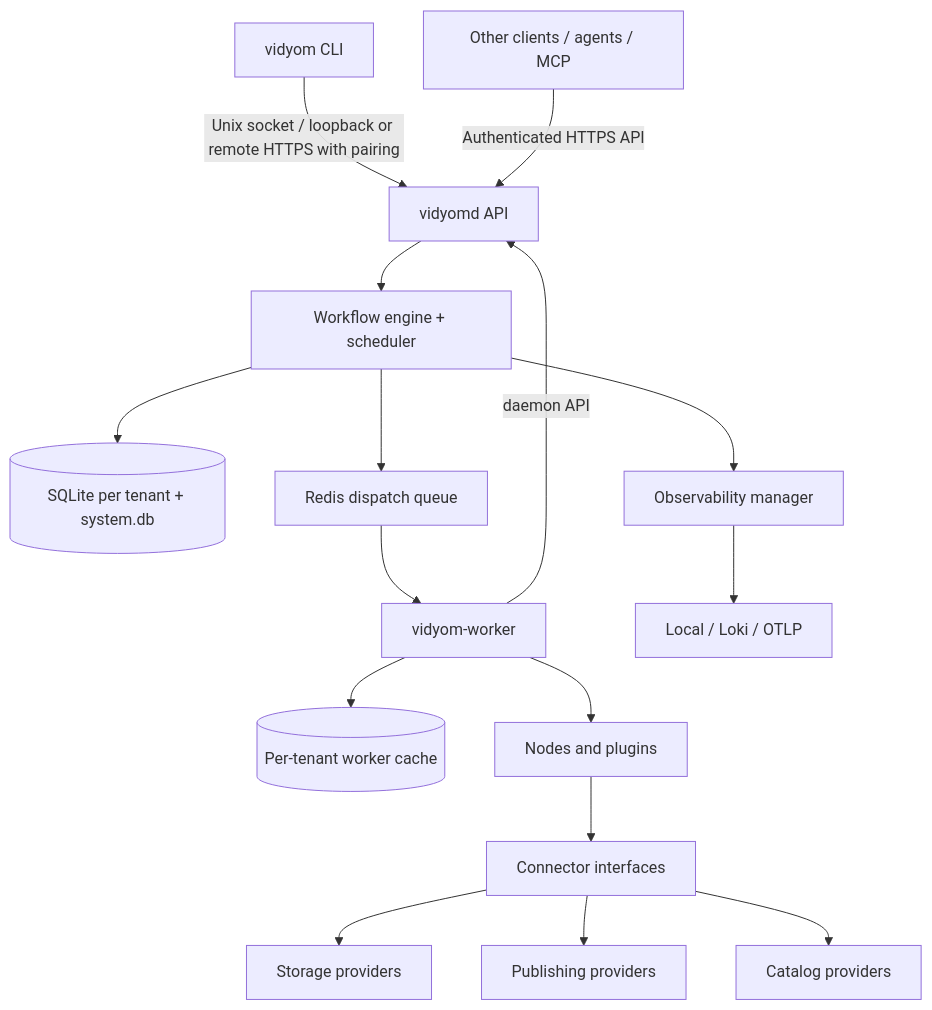
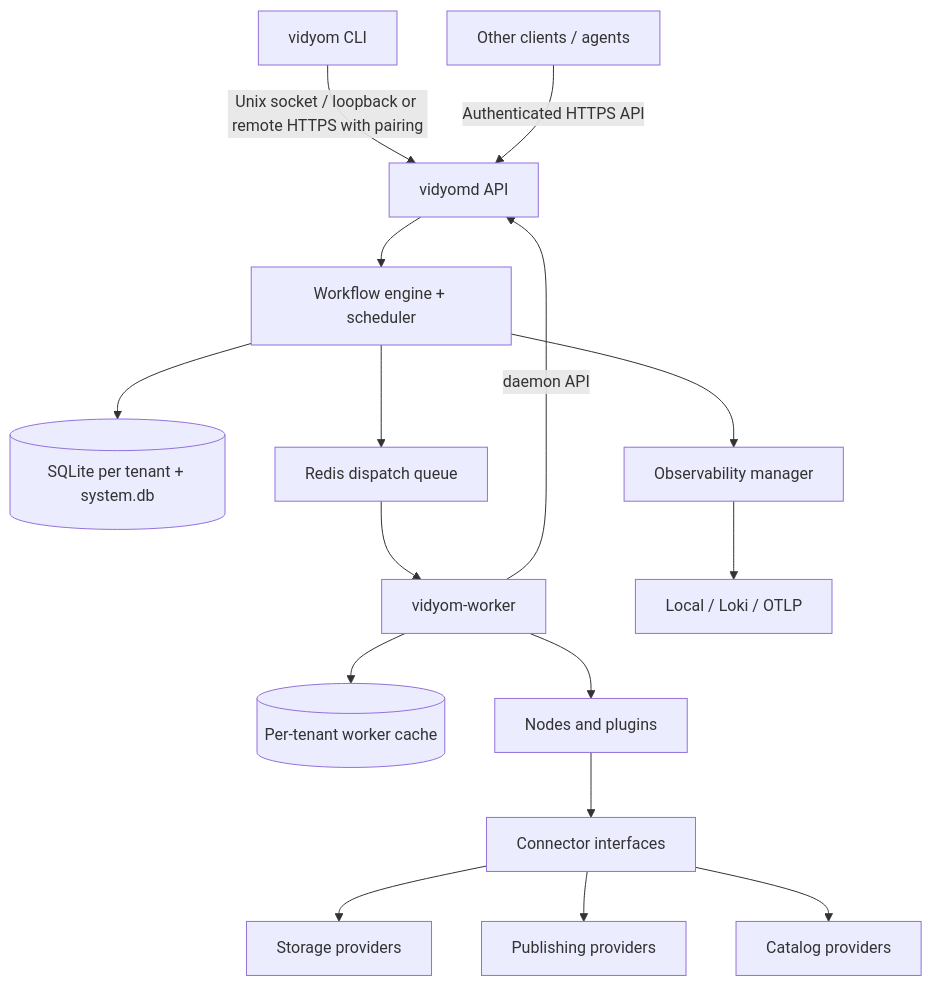
One commit to rafaelp/vidyom changed the diagram in website/docs/architecture/overview.md. Above: the diagram before and after it, drawn with Mermaid. The commit also changed 6 other files, not shown here.

````diff
--- a/website/docs/architecture/overview.md
+++ b/website/docs/architecture/overview.md
@@ -10,18 +10,18 @@
 ```mermaid
 flowchart TB
   CLI[vidyom CLI] -->|Unix socket / loopback or remote HTTPS with pairing| API[vidyomd API]
-  Agent[Other clients / agents / MCP] -->|Authenticated HTTPS API| API
+  Agent[Other clients / agents] -->|Authenticated HTTPS API| API
   API --> Engine[Workflow engine + scheduler]
   Engine --> DB[(SQLite per tenant + system.db)]
   Engine --> Queue[Redis dispatch queue]
   Queue --> Worker[vidyom-worker]
   Worker -->|daemon API| API
   Worker --> Cache[(Per-tenant worker cache)]
   Worker --> Nodes[Nodes and plugins]
   Nodes --> Connectors[Connector interfaces]
   Connectors --> Storage[Storage providers]
   Connectors --> Pub[Publishing providers]
   Connectors --> Catalog[Catalog providers]
   Engine --> O11y[Observability manager]
   O11y --> Sinks[Local / Loki / OTLP]
 ```
````
